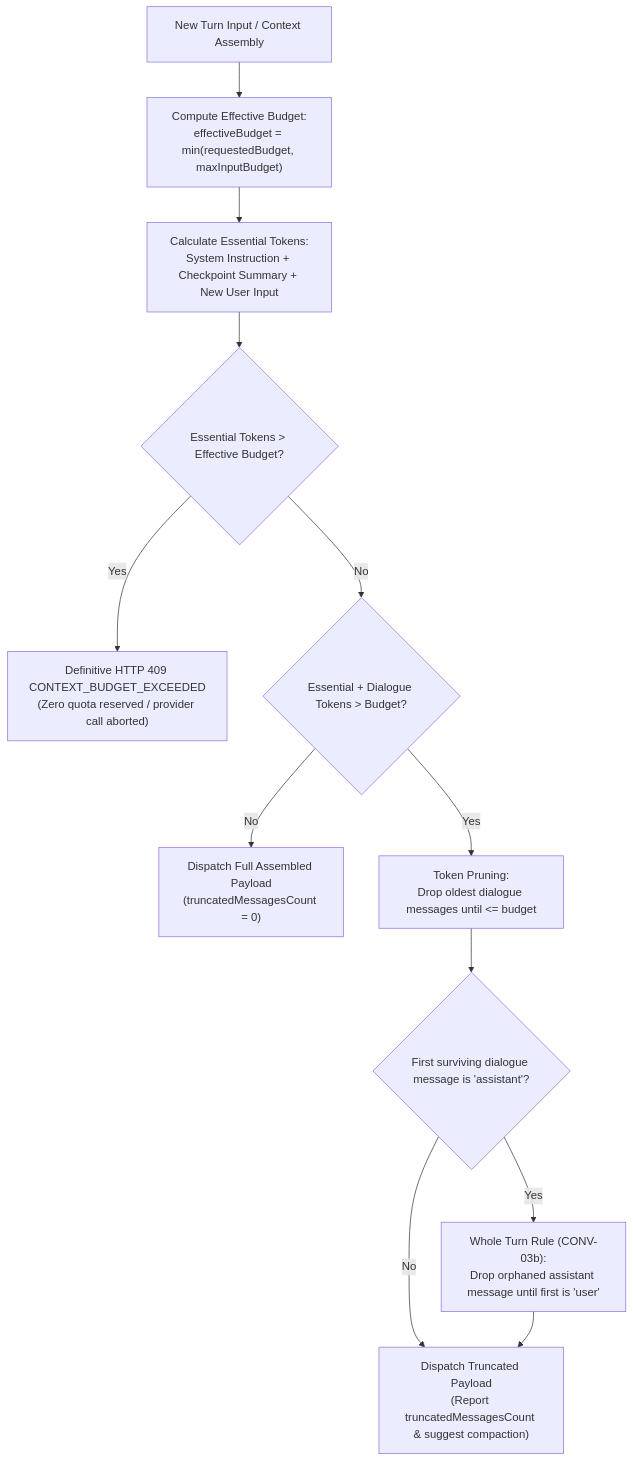
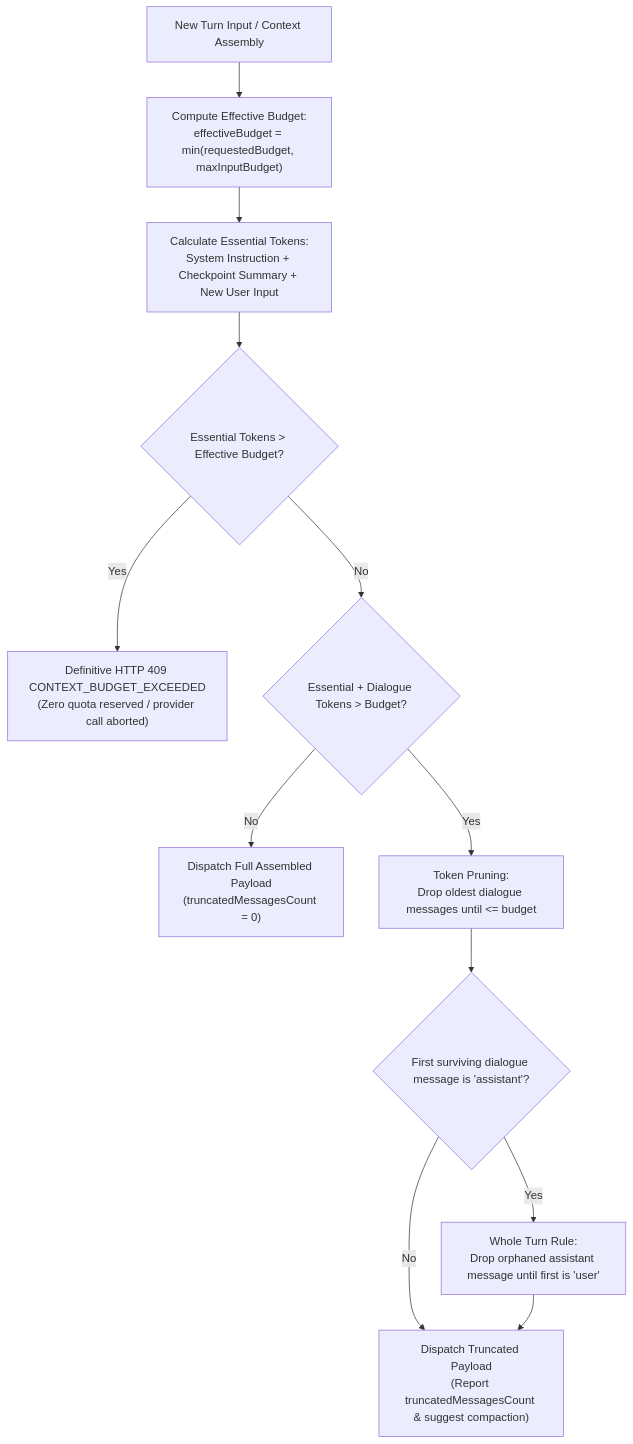
One commit to Ahmed-Maher77/PromptLab__prompt-workspace-and-llm-gateway changed the diagram in docs/knowledge/decisions/adr-009-context-budget-sliding-window.md. Above: the diagram before and after it, drawn with Mermaid. The commit also changed other lines of this file and 56 other files, not shown here.

````diff
--- a/docs/knowledge/decisions/adr-009-context-budget-sliding-window.md
+++ b/docs/knowledge/decisions/adr-009-context-budget-sliding-window.md
@@ -47,16 +47,16 @@
 ```mermaid
 graph TD
     Start["New Turn Input / Context Assembly"] --> Cap["Compute Effective Budget:<br/>effectiveBudget = min(requestedBudget, maxInputBudget)"]
     Cap --> Calc["Calculate Essential Tokens:<br/>System Instruction + Checkpoint Summary + New User Input"]
     Calc --> CheckEssential{"Essential Tokens > Effective Budget?"}
 
     CheckEssential -- Yes --> Reject["Definitive HTTP 409 CONTEXT_BUDGET_EXCEEDED<br/>(Zero quota reserved / provider call aborted)"]
     CheckEssential -- No --> CheckTotal{"Essential + Dialogue Tokens > Budget?"}
 
     CheckTotal -- No --> Complete["Dispatch Full Assembled Payload<br/>(truncatedMessagesCount = 0)"]
     CheckTotal -- Yes --> Slide["Token Pruning:<br/>Drop oldest dialogue messages until <= budget"]
     Slide --> OrphanCheck{"First surviving dialogue message is 'assistant'?"}
-    OrphanCheck -- Yes --> DropOrphan["Whole Turn Rule (CONV-03b):<br/>Drop orphaned assistant message until first is 'user'"]
+    OrphanCheck -- Yes --> DropOrphan["Whole Turn Rule:<br/>Drop orphaned assistant message until first is 'user'"]
     OrphanCheck -- No --> Report["Dispatch Truncated Payload<br/>(Report truncatedMessagesCount & suggest compaction)"]
     DropOrphan --> Report
 ```
````
